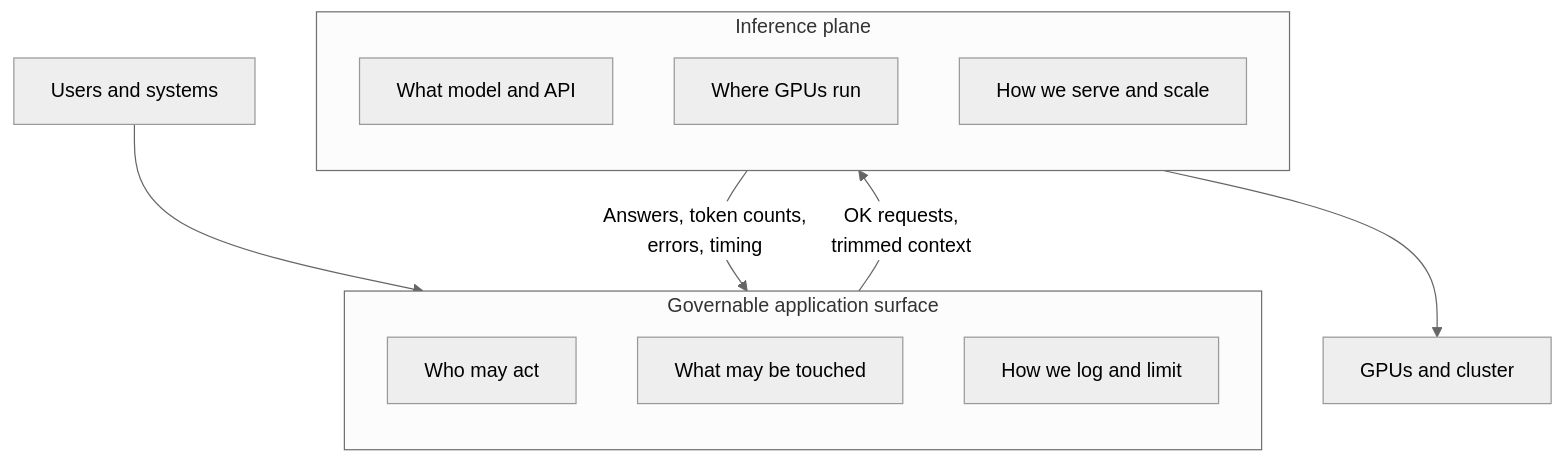
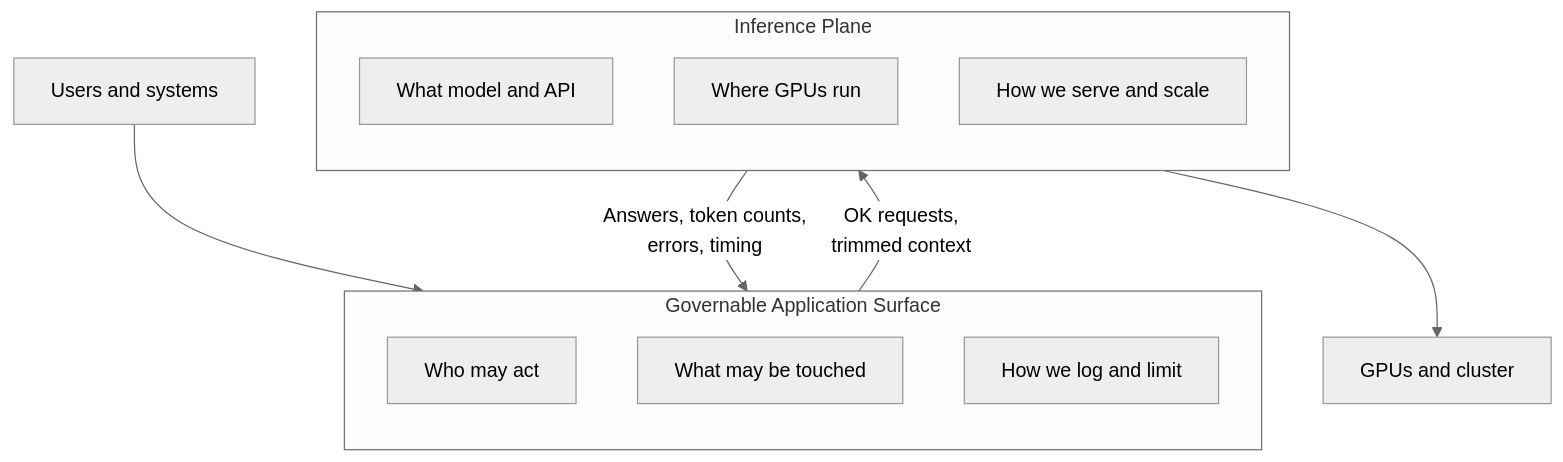
Before and after one commit to NVIDIA/nim-deploy: the first of 8 diagrams in cloud-service-providers/azure/workshops/aks-nemoclaw/README.md, drawn with Mermaid (neutral theme). The commit also changed other lines of this file and 1 other file, not shown here.

````diff
--- a/cloud-service-providers/azure/workshops/aks-nemoclaw/README.md
+++ b/cloud-service-providers/azure/workshops/aks-nemoclaw/README.md
@@ -40,19 +53,19 @@
 ```mermaid
 flowchart TB
-  subgraph GAS["Governable application surface"]
+  subgraph GAS["Governable Application Surface"]
     direction TB
     WHO["Who may act"]
     SCOPE["What may be touched"]
     PROC["How we log and limit"]
   end
-  subgraph IP["Inference plane"]
+  subgraph IP["Inference Plane"]
     direction TB
     MODEL["What model and API"]
     PLACE["Where GPUs run"]
     SERVE["How we serve and scale"]
   end
   U[Users and systems] --> GAS
   GAS -->|"OK requests,<br/>trimmed context"| IP
   IP -->|"Answers, token counts,<br/>errors, timing"| GAS
   IP --> HW[GPUs and cluster]
 ```
````
